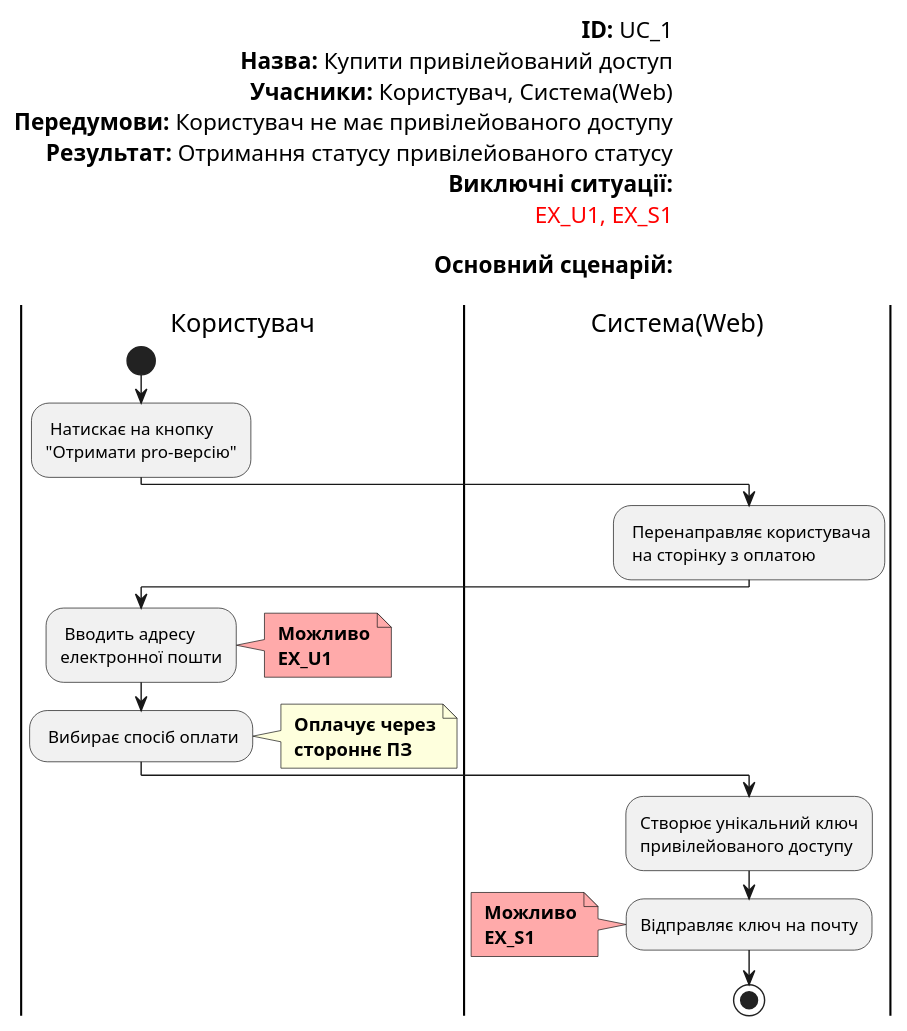
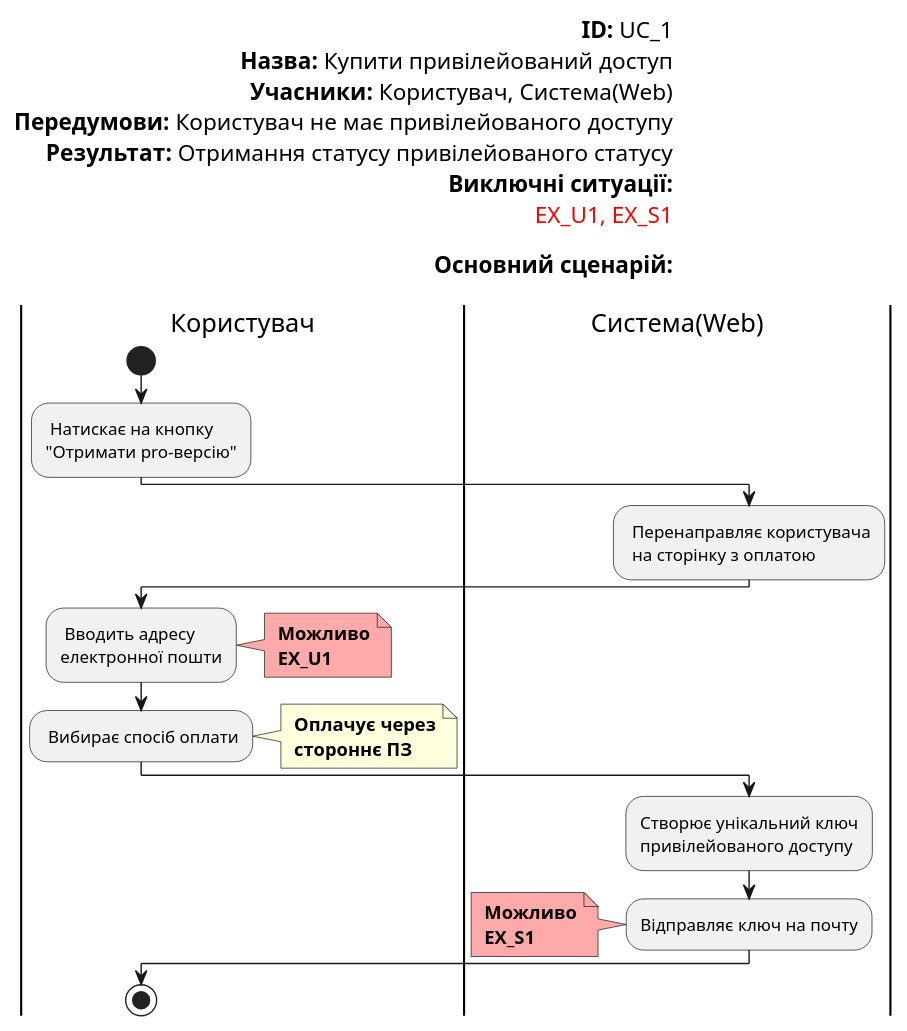
Before and after one commit to NeProgramist/Cytrus: the diagram in doc/uml/UC_1.puml, drawn with PlantUML.

```diff
--- a/doc/uml/UC_1.puml
+++ b/doc/uml/UC_1.puml
@@ -1,50 +1,52 @@
 @startuml
 
 left header
 <font color=000 size=16><b>ID:</b> UC_1
 <font color=000 size=16><b>Назва:</b> Купити привілейований доступ
 <font color=000 size=16><b>Учасники:</b> Користувач, Система(Web)
 <font color=000 size=16><b>Передумови:</b> Користувач не має привілейованого доступу
 <font color=000 size=16><b>Результат:</b> Отримання статусу привілейованого статусу
 <font color=000 size=16><b>Виключні ситуації:</b>
 <font color=red size=16>EX_U1, EX_S1
 
 <font color=000 size=16><b>Основний сценарій:</b>
 
 end header
 
 |Користувач|
 start
 : Натискає на кнопку
 "Отримати pro-версію";
 
 |Система(Web)|
 : Перенаправляє користувача
  на сторінку з оплатою;
 
 |Користувач|
 : Вводить адресу
 електронної пошти;
 note right #ffaaaa
 <b> Можливо
 <b> EX_U1
 end note
 
 : Вибирає спосіб оплати;
 note right
 <b> Оплачує через
 <b> стороннє ПЗ
 end note
 
 |Система(Web)|
 :Створює унікальний ключ
 привілейованого доступу;
 
 :Відправляє ключ на почту;
 note left #ffaaaa
 <b> Можливо
 <b> EX_S1
 end note
+
+|Користувач|
 stop;
 
 @enduml
```
